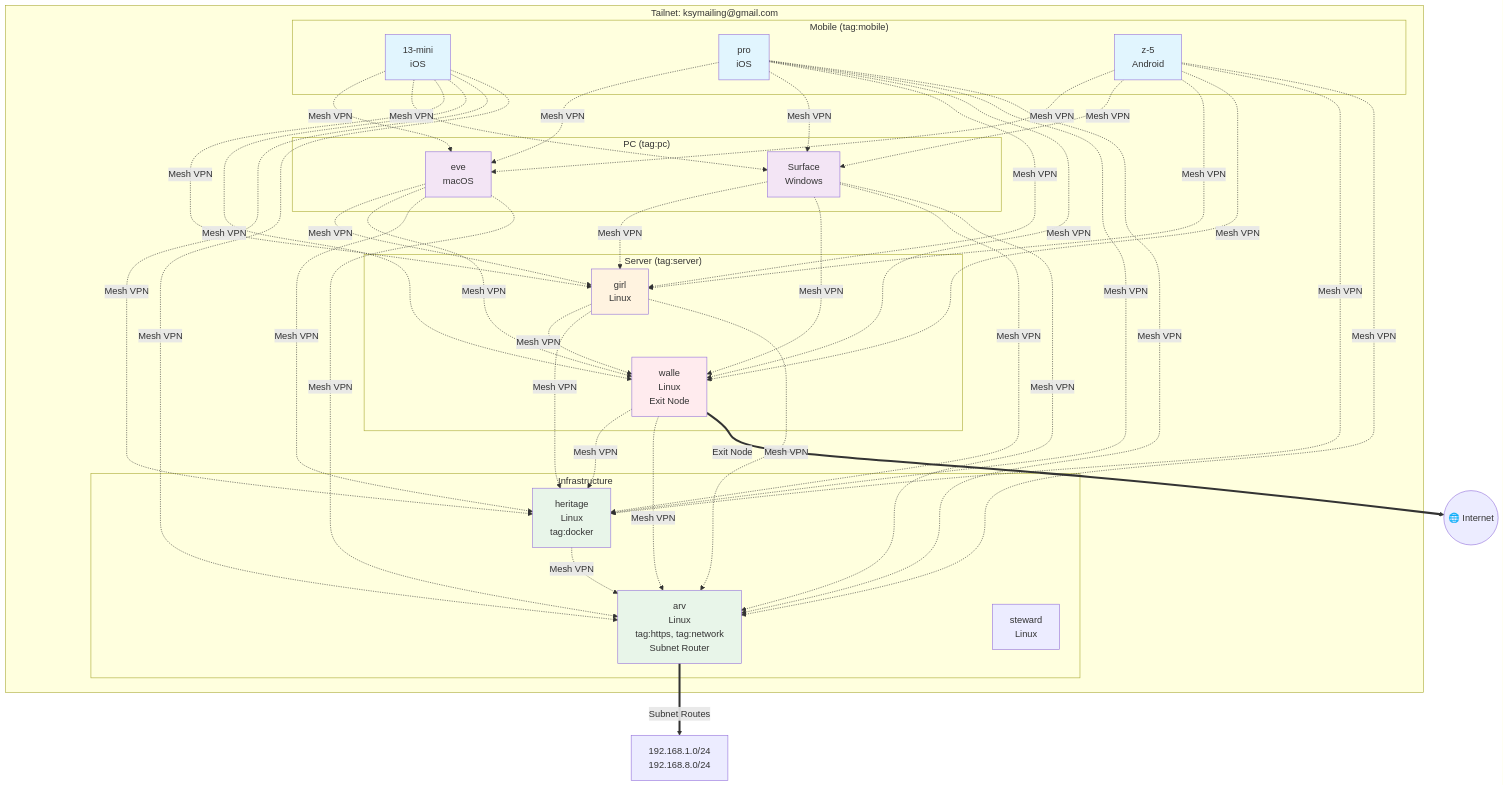
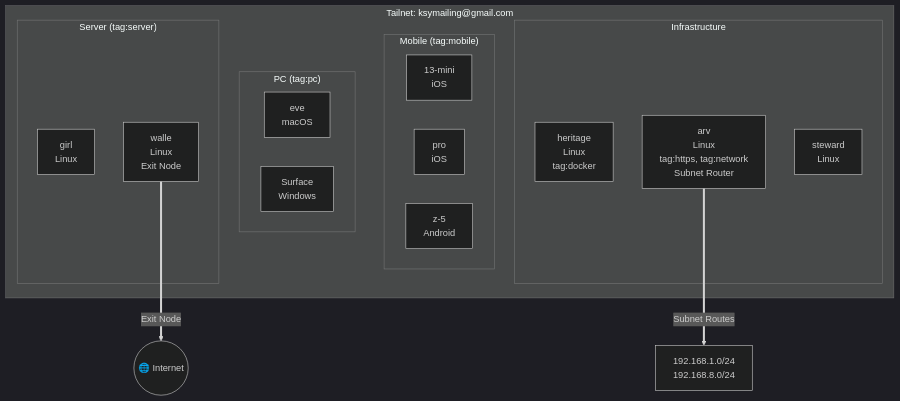
Before and after one commit to deuxksy/sylph: the first of 2 diagrams in README.md, drawn with Mermaid. The commit also changed 1 other file, not shown here.

Commit message:
fix: update network diagram in documentation for consistency and clarity

````diff
--- a/README.md
+++ b/README.md
@@ -10,65 +10,31 @@
 ```mermaid
+%%{init: {'theme': 'dark'}}%%
 graph TB
     subgraph "Tailnet: ksymailing@gmail.com"
         subgraph "Mobile (tag:mobile)"
             M1[13-mini<br/>iOS]
             M2[pro<br/>iOS]
             M3[z-5<br/>Android]
         end
 
         subgraph "PC (tag:pc)"
             PC1[eve<br/>macOS]
             PC2[Surface<br/>Windows]
         end
 
         subgraph "Server (tag:server)"
             S1[girl<br/>Linux]
             S2[walle<br/>Linux<br/>Exit Node]
         end
 
         subgraph "Infrastructure"
             I1[heritage<br/>Linux<br/>tag:docker]
             I2[arv<br/>Linux<br/>tag:https, tag:network<br/>Subnet Router]
             I3[steward<br/>Linux]
         end
     end
 
-    M1 & M2 & M3 -.->|Mesh VPN| PC1
-    M1 & M2 & M3 -.->|Mesh VPN| PC2
-    M1 & M2 & M3 -.->|Mesh VPN| S1
-    M1 & M2 & M3 -.->|Mesh VPN| S2
-    M1 & M2 & M3 -.->|Mesh VPN| I1
-    M1 & M2 & M3 -.->|Mesh VPN| I2
-
-    PC1 -.->|Mesh VPN| S1
-    PC1 -.->|Mesh VPN| S2
-    PC1 -.->|Mesh VPN| I1
-    PC1 -.->|Mesh VPN| I2
-
-    PC2 -.->|Mesh VPN| S1
-    PC2 -.->|Mesh VPN| S2
-    PC2 -.->|Mesh VPN| I1
-    PC2 -.->|Mesh VPN| I2
-
-    S1 -.->|Mesh VPN| S2
-    S1 -.->|Mesh VPN| I1
-    S1 -.->|Mesh VPN| I2
-
-    S2 -.->|Mesh VPN| I1
-    S2 -.->|Mesh VPN| I2
-
-    I1 -.->|Mesh VPN| I2
-
     S2 ==>|Exit Node| Internet((🌐 Internet))
     I2 ==>|Subnet Routes| LAN[192.168.1.0/24<br/>192.168.8.0/24]
 
-    style M1 fill:#e1f5fe
-    style M2 fill:#e1f5fe
-    style M3 fill:#e1f5fe
-    style PC1 fill:#f3e5f5
-    style PC2 fill:#f3e5f5
-    style S1 fill:#fff3e0
-    style S2 fill:#ffebee
-    style I1 fill:#e8f5e9
-    style I2 fill:#e8f5e9
 ```
````
